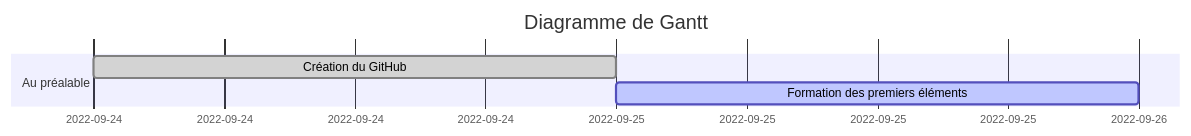
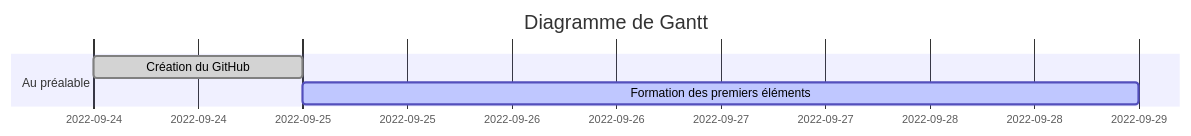
Before and after one commit to BenoitBOMPOL/CluedoBayesien: the diagram in README.md, drawn with Mermaid.

````diff
--- a/README.md
+++ b/README.md
@@ -21,9 +21,9 @@
 ```mermaid
 gantt
 dateFormat  YYYY-MM-DD
 title Diagramme de Gantt
 
 section Au préalable
 Création du GitHub        :done, git1, 2022-09-24, 1d
-Formation des premiers éléments: active, add1, 2022-09-25, 1d
+Formation des premiers éléments: active, add1, 2022-09-25, 2022-09-29
 ```
````
